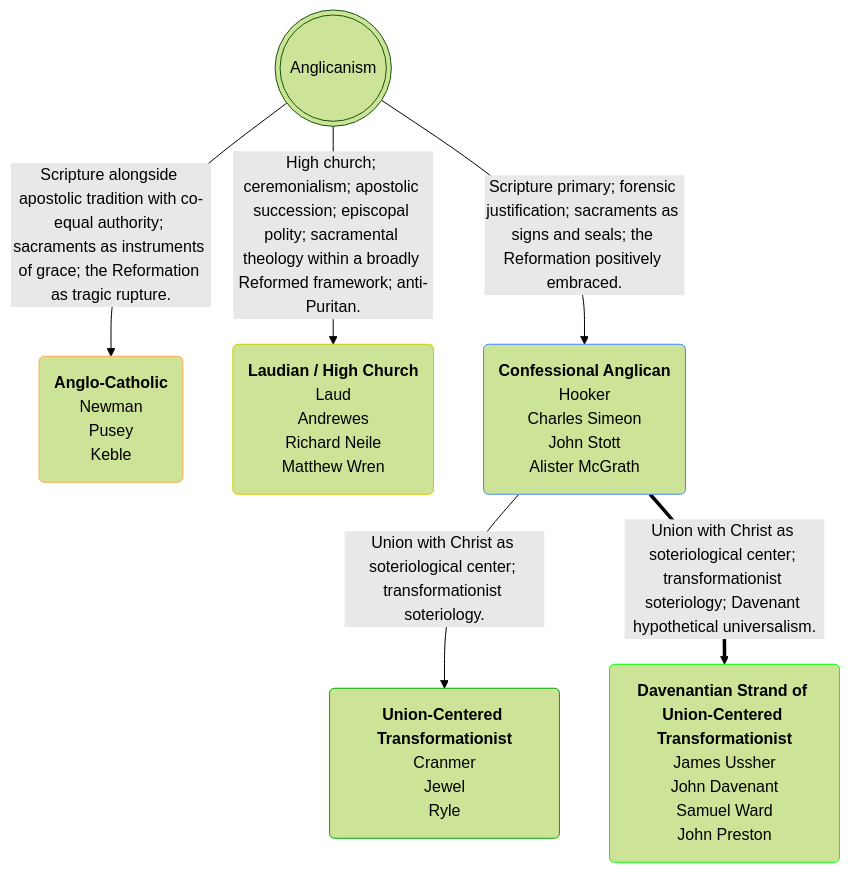
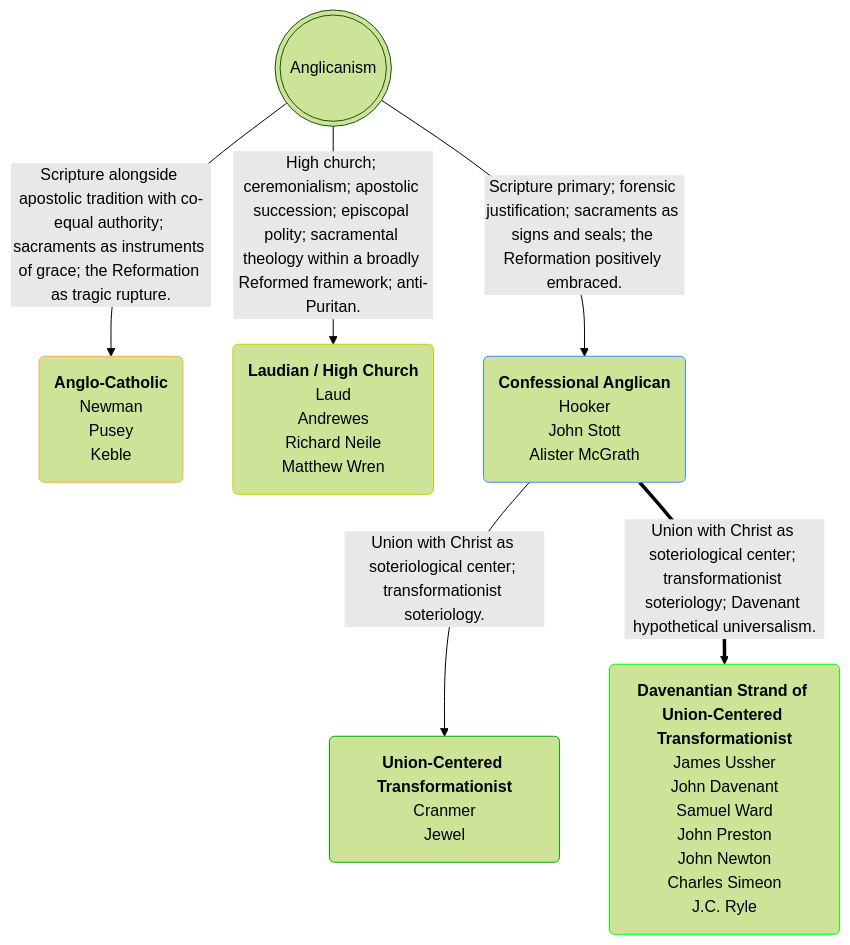
One commit to OrdoLuminis/ordoluminis.github.io changed the first of 2 diagrams in _posts/2026-03-27-confessional-transformationist-anglo-catholic.markdown. Above: the diagram before and after it, drawn with Mermaid (forest theme). The commit also changed other lines of this file, not shown here.

````diff
--- a/_posts/2026-03-27-confessional-transformationist-anglo-catholic.markdown
+++ b/_posts/2026-03-27-confessional-transformationist-anglo-catholic.markdown
@@ -44,14 +44,14 @@
 ```mermaid
 flowchart TD
     A(((Anglicanism)))
     A -->|Scripture alongside apostolic tradition with co-equal authority; sacraments as instruments of grace; the Reformation as tragic rupture.| B(<strong>Anglo-Catholic</strong><br>Newman<br>Pusey<br>Keble):::orange
     A -->|High church; ceremonialism; apostolic succession; episcopal polity; sacramental theology within a broadly Reformed framework; anti-Puritan.| L(<strong>Laudian / High Church</strong><br>Laud<br>Andrewes<br>Richard Neile<br>Matthew Wren):::yellow
-    A -->|Scripture primary; forensic justification; sacraments as signs and seals; the Reformation positively embraced.| C(<strong>Confessional Anglican</strong><br>Hooker<br>Charles Simeon<br>John Stott<br>Alister McGrath):::blue
-    C -->|Union with Christ as soteriological center; transformationist soteriology.| E(<strong>Union-Centered Transformationist</strong><br>Cranmer<br>Jewel<br>Ryle):::lightgreen
-    C ==>|Union with Christ as soteriological center; transformationist soteriology; Davenant hypothetical universalism.| D(<strong>Davenantian Strand of Union-Centered Transformationist</strong><br>James Ussher<br>John Davenant<br>Samuel Ward<br>John Preston):::green
+    A -->|Scripture primary; forensic justification; sacraments as signs and seals; the Reformation positively embraced.| C(<strong>Confessional Anglican</strong><br>Hooker<br>John Stott<br>Alister McGrath):::blue
+    C -->|Union with Christ as soteriological center; transformationist soteriology.| E(<strong>Union-Centered Transformationist</strong><br>Cranmer<br>Jewel):::lightgreen
+    C ==>|Union with Christ as soteriological center; transformationist soteriology; Davenant hypothetical universalism.| D(<strong>Davenantian Strand of Union-Centered Transformationist</strong><br>James Ussher<br>John Davenant<br>Samuel Ward<br>John Preston<br>John Newton<br>Charles Simeon<br>J.C. Ryle):::green
     classDef green stroke:#0f0
     classDef lightgreen stroke:#0a0
     classDef orange stroke:#fa5
     classDef blue stroke:#48f
     classDef yellow stroke:#cc0
 ```
````
